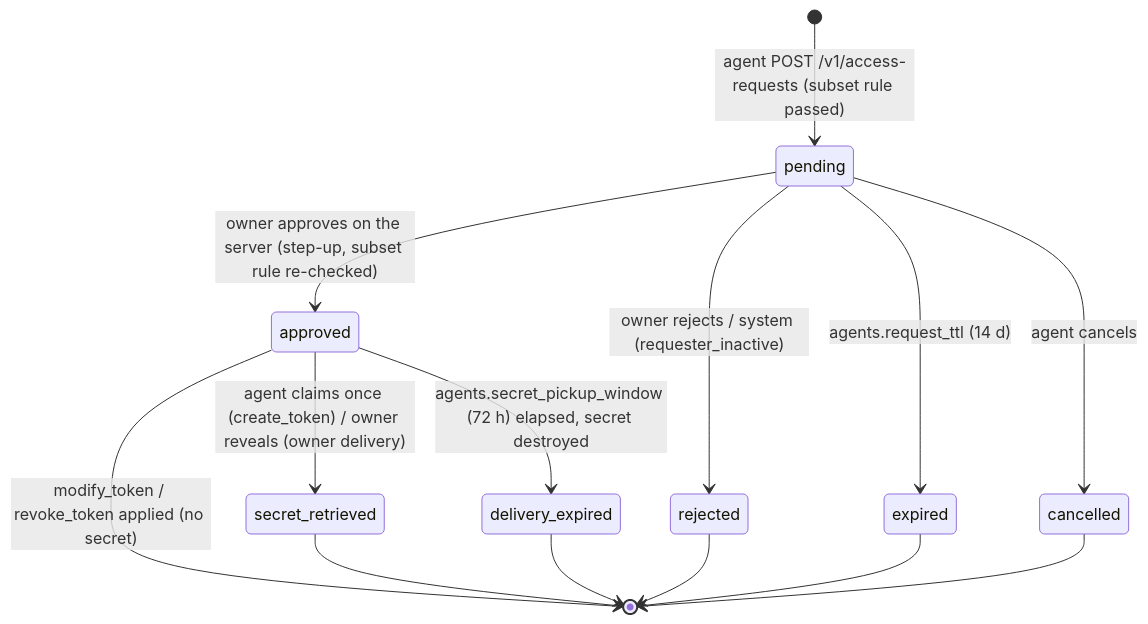
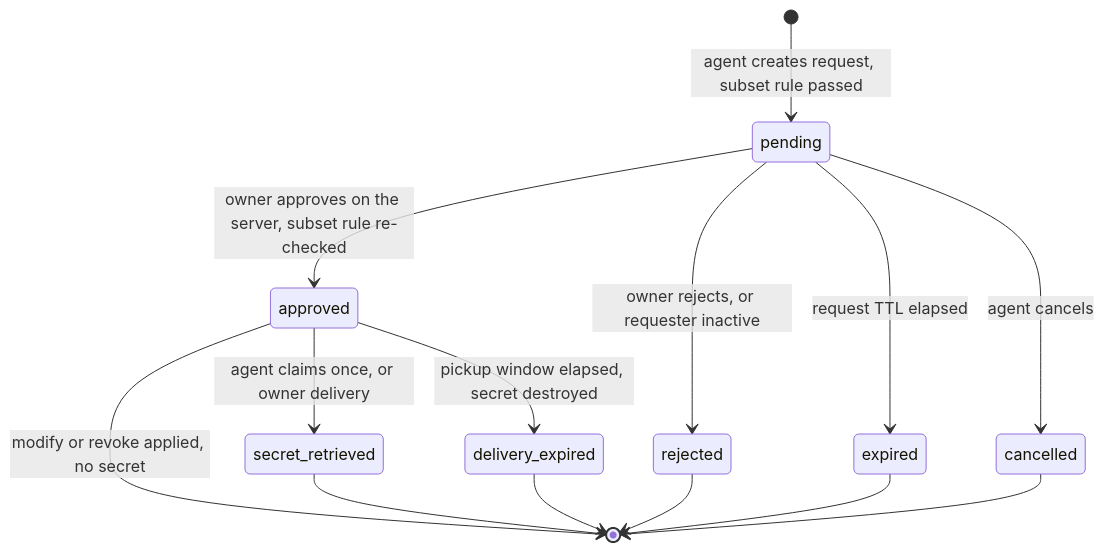
Before and after one commit to Web3Abbas/Shamel: the second of 4 diagrams in docs/design/04-permissions-and-tokens.md, drawn with Mermaid. The commit also changed other lines of this file, not shown here.

````diff
--- a/docs/design/04-permissions-and-tokens.md
+++ b/docs/design/04-permissions-and-tokens.md
@@ -1105,16 +1106,16 @@
 ```mermaid
 stateDiagram-v2
-  [*] --> pending: agent POST /v1/access-requests (subset rule passed)
-  pending --> approved: owner approves on the server (step-up, subset rule re-checked)
-  pending --> rejected: owner rejects / system (requester_inactive)
-  pending --> expired: agents.request_ttl (14 d)
+  [*] --> pending: agent creates request, subset rule passed
+  pending --> approved: owner approves on the server, subset rule re-checked
+  pending --> rejected: owner rejects, or requester inactive
+  pending --> expired: request TTL elapsed
   pending --> cancelled: agent cancels
-  approved --> secret_retrieved: agent claims once (create_token) / owner reveals (owner delivery)
-  approved --> delivery_expired: agents.secret_pickup_window (72 h) elapsed, secret destroyed
-  approved --> [*]: modify_token / revoke_token applied (no secret)
+  approved --> secret_retrieved: agent claims once, or owner delivery
+  approved --> delivery_expired: pickup window elapsed, secret destroyed
+  approved --> [*]: modify or revoke applied, no secret
   secret_retrieved --> [*]
   delivery_expired --> [*]
   rejected --> [*]
   expired --> [*]
   cancelled --> [*]
 ```
````
